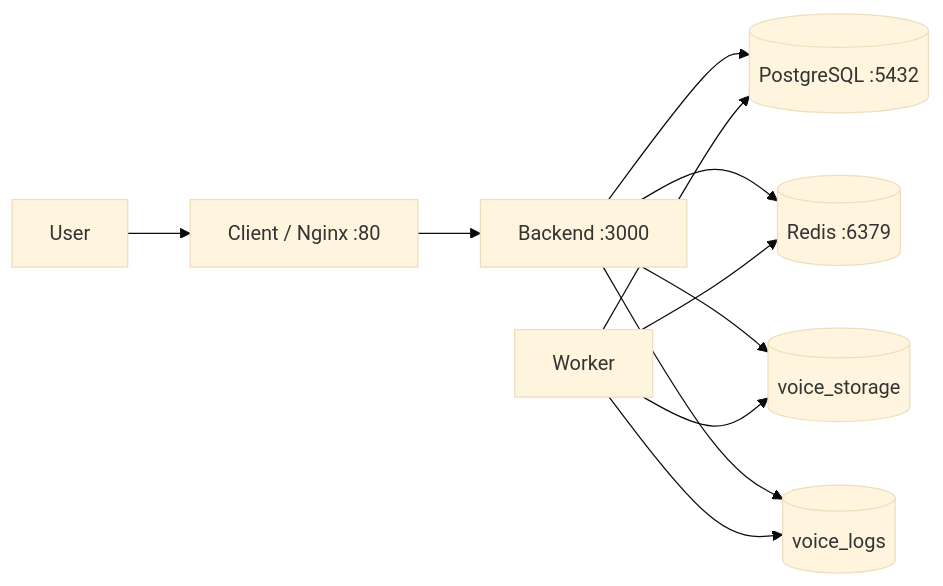
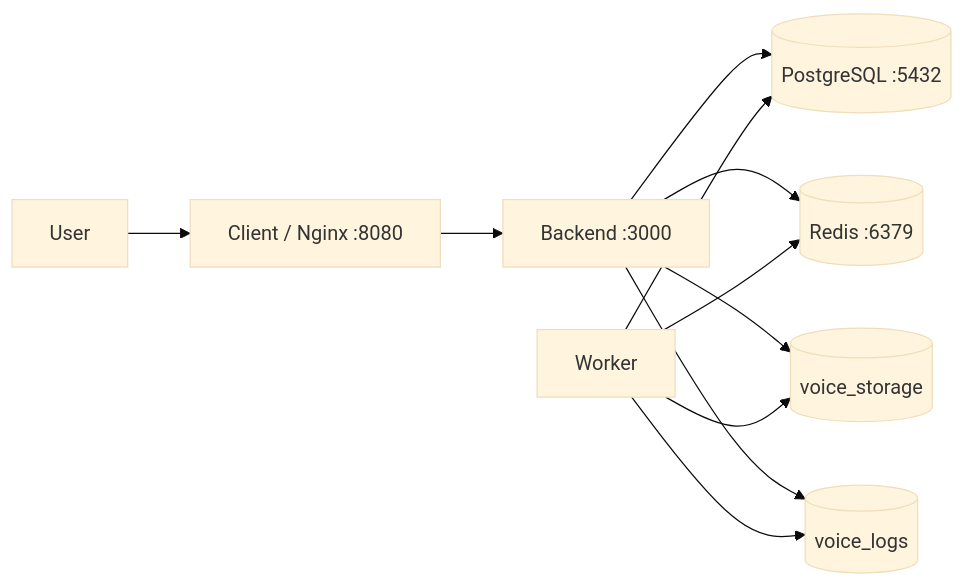
One commit to SSIT-joint-stock/identify-voice-base changed diagram 11 of 12 in docs/architecture/system-architecture.md. Above: the diagram before and after it, drawn with Mermaid (base theme). The commit also changed 11 other files, not shown here.

````diff
--- a/docs/architecture/system-architecture.md
+++ b/docs/architecture/system-architecture.md
@@ -434,13 +434,13 @@
 ```mermaid
 flowchart LR
-    User --> Nginx[Client / Nginx :80]
+    User --> Nginx[Client / Nginx :8080]
     Nginx --> API[Backend :3000]
     API --> DB[(PostgreSQL :5432)]
     API --> Redis[(Redis :6379)]
     Worker --> Redis
     Worker --> DB
     API --> VoiceStorage[(voice_storage)]
     Worker --> VoiceStorage
     API --> VoiceLogs[(voice_logs)]
     Worker --> VoiceLogs
 ```
````
